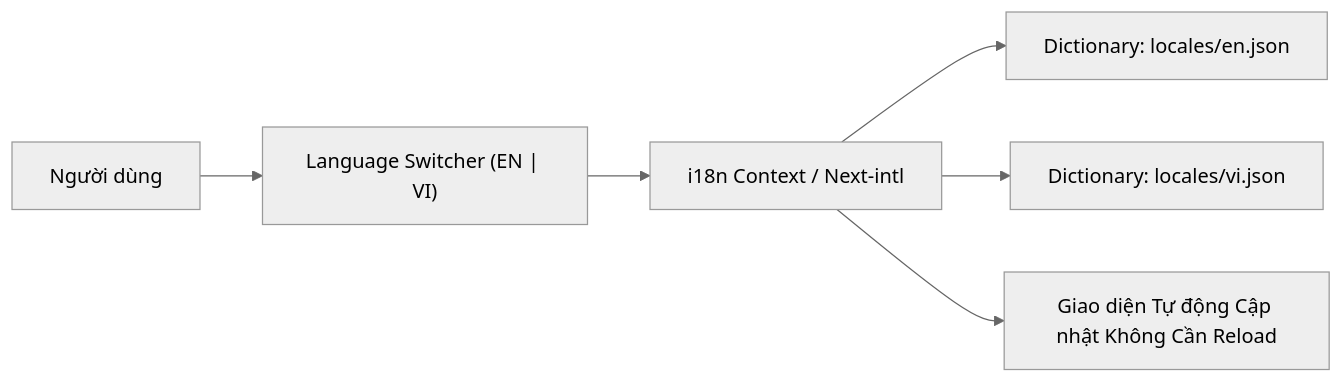
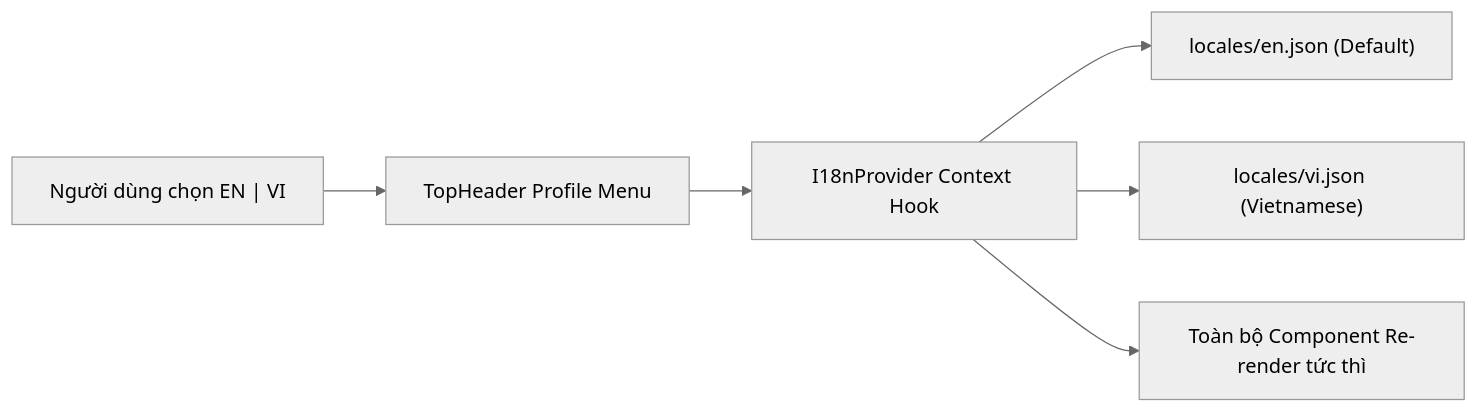
Before and after one commit to ngotiendat3455/Assignment-FDE: the first of 3 diagrams in context/features/00-base-layout-design-system.md, drawn with Mermaid (neutral theme). The commit also changed other lines of this file and 44 other files, not shown here.

````diff
--- a/context/features/00-base-layout-design-system.md
+++ b/context/features/00-base-layout-design-system.md
@@ -206,8 +213,8 @@
 ```mermaid
 graph LR
-    User["Người dùng"] --> Switcher["Language Switcher (EN | VI)"]
-    Switcher --> Context["i18n Context / Next-intl"]
-    Context --> DictEN["Dictionary: locales/en.json"]
-    Context --> DictVI["Dictionary: locales/vi.json"]
-    Context --> UI["Giao diện Tự động Cập nhật Không Cần Reload"]
+    User["Người dùng chọn EN | VI"] --> Switcher["TopHeader Profile Menu"]
+    Switcher --> Context["I18nProvider Context Hook"]
+    Context --> DictEN["locales/en.json (Default)"]
+    Context --> DictVI["locales/vi.json (Vietnamese)"]
+    Context --> UI["Toàn bộ Component Re-render tức thì"]
 ```
````
